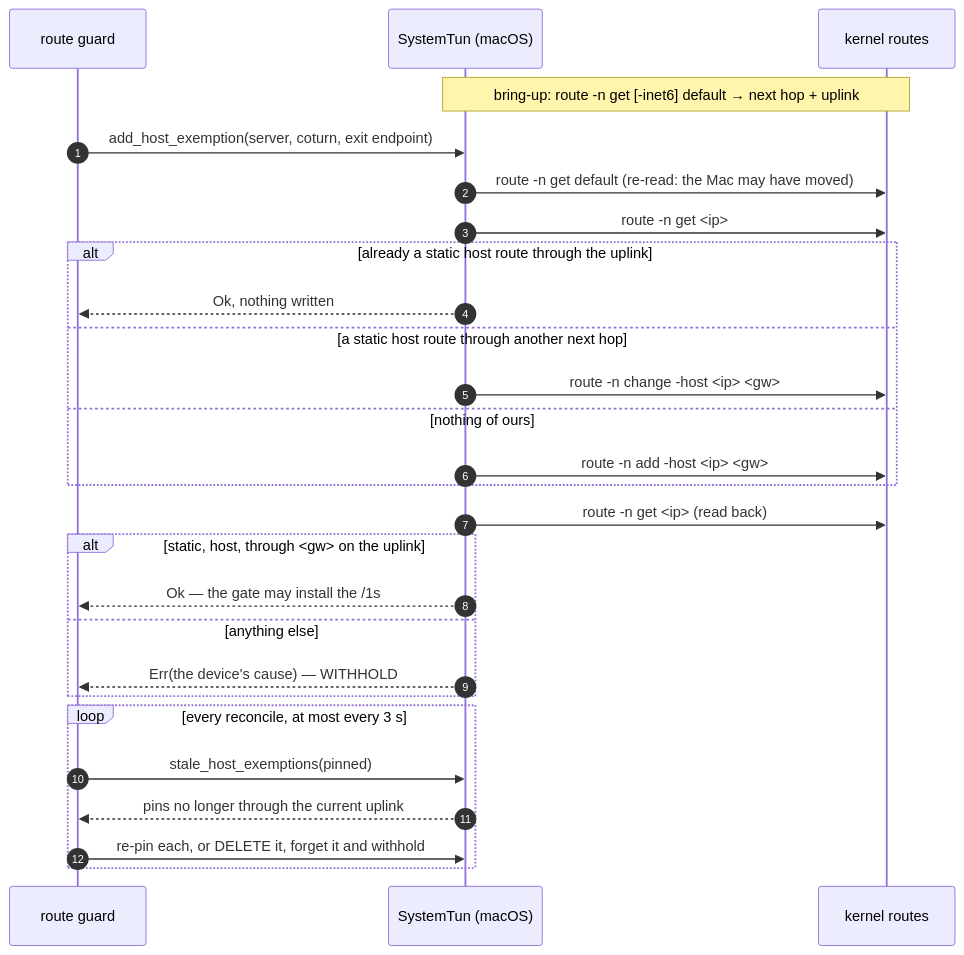
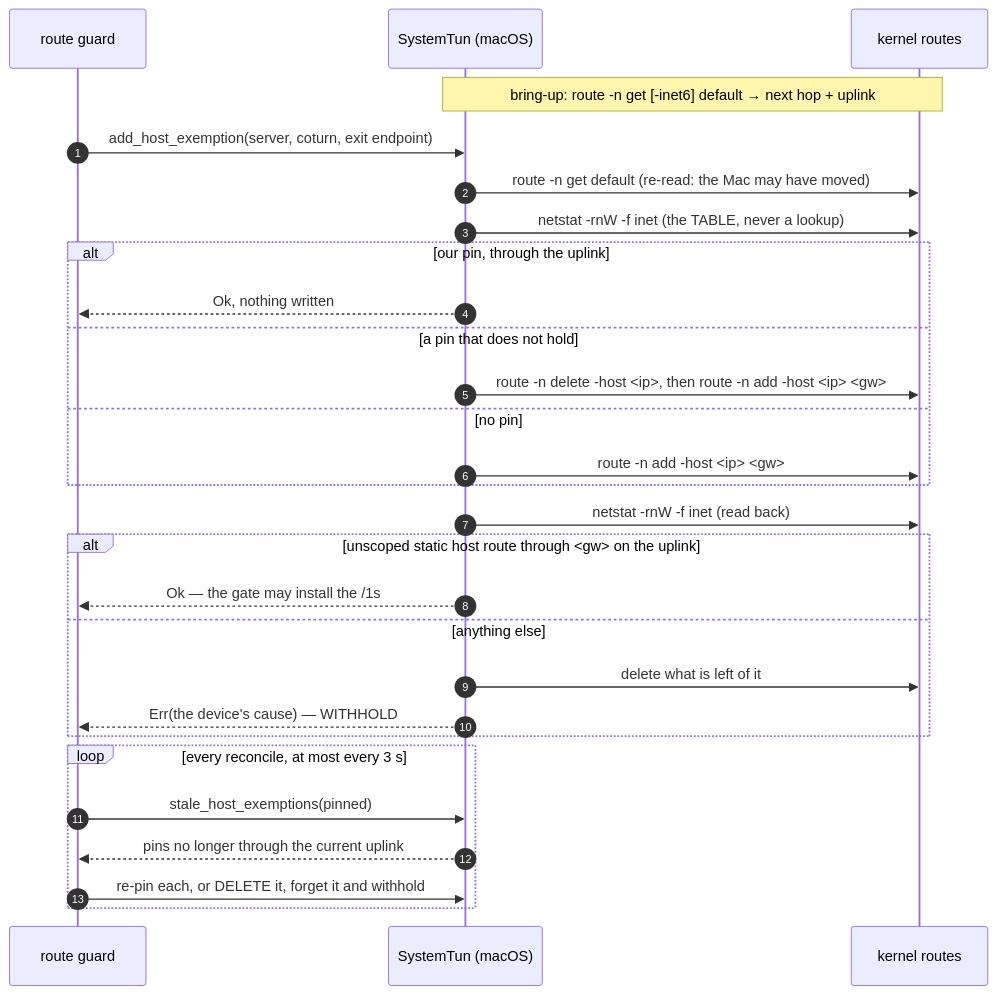
The second of 2 diagrams in docs/overlay-exit-nodes.md (gjovanov/roomler-ai), drawn with Mermaid before and after one commit. The commit also changed other lines of this file and 3 other files, not shown here.

First line of the commit message:
fix(overlay): macOS exit pins are read from the routing table — a scoped clone answers the lookup (FR-97 P1a field finding, #2082) (#2125)

````diff
--- a/docs/overlay-exit-nodes.md
+++ b/docs/overlay-exit-nodes.md
@@ -242,29 +242,30 @@
 ```mermaid
 sequenceDiagram
     autonumber
     participant G as route guard
     participant T as SystemTun (macOS)
     participant K as kernel routes
     Note over T,K: bring-up: route -n get [-inet6] default → next hop + uplink
     G->>T: add_host_exemption(server, coturn, exit endpoint)
     T->>K: route -n get default (re-read: the Mac may have moved)
-    T->>K: route -n get <ip>
-    alt already a static host route through the uplink
+    T->>K: netstat -rnW -f inet (the TABLE, never a lookup)
+    alt our pin, through the uplink
         T-->>G: Ok, nothing written
-    else a static host route through another next hop
-        T->>K: route -n change -host <ip> <gw>
-    else nothing of ours
+    else a pin that does not hold
+        T->>K: route -n delete -host <ip>, then route -n add -host <ip> <gw>
+    else no pin
         T->>K: route -n add -host <ip> <gw>
     end
-    T->>K: route -n get <ip> (read back)
-    alt static, host, through <gw> on the uplink
+    T->>K: netstat -rnW -f inet (read back)
+    alt unscoped static host route through <gw> on the uplink
         T-->>G: Ok — the gate may install the /1s
     else anything else
+        T->>K: delete what is left of it
         T-->>G: Err(the device's cause) — WITHHOLD
     end
     loop every reconcile, at most every 3 s
         G->>T: stale_host_exemptions(pinned)
         T-->>G: pins no longer through the current uplink
         G->>T: re-pin each, or DELETE it, forget it and withhold
     end
 ```
````
